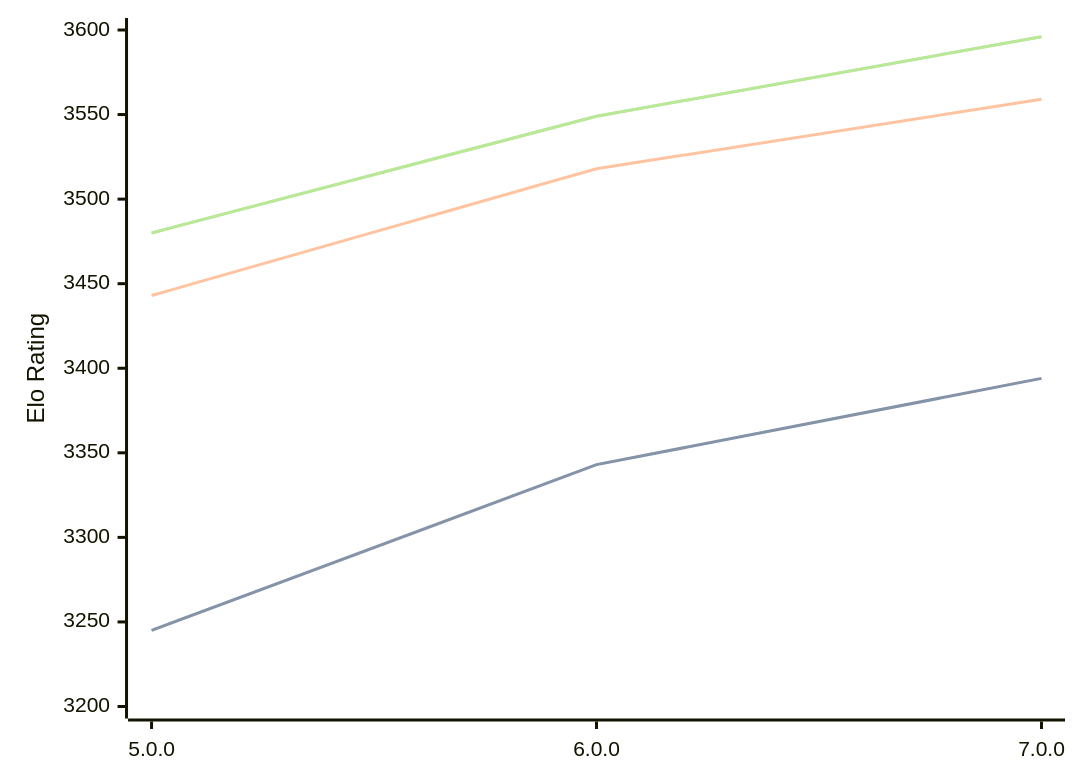
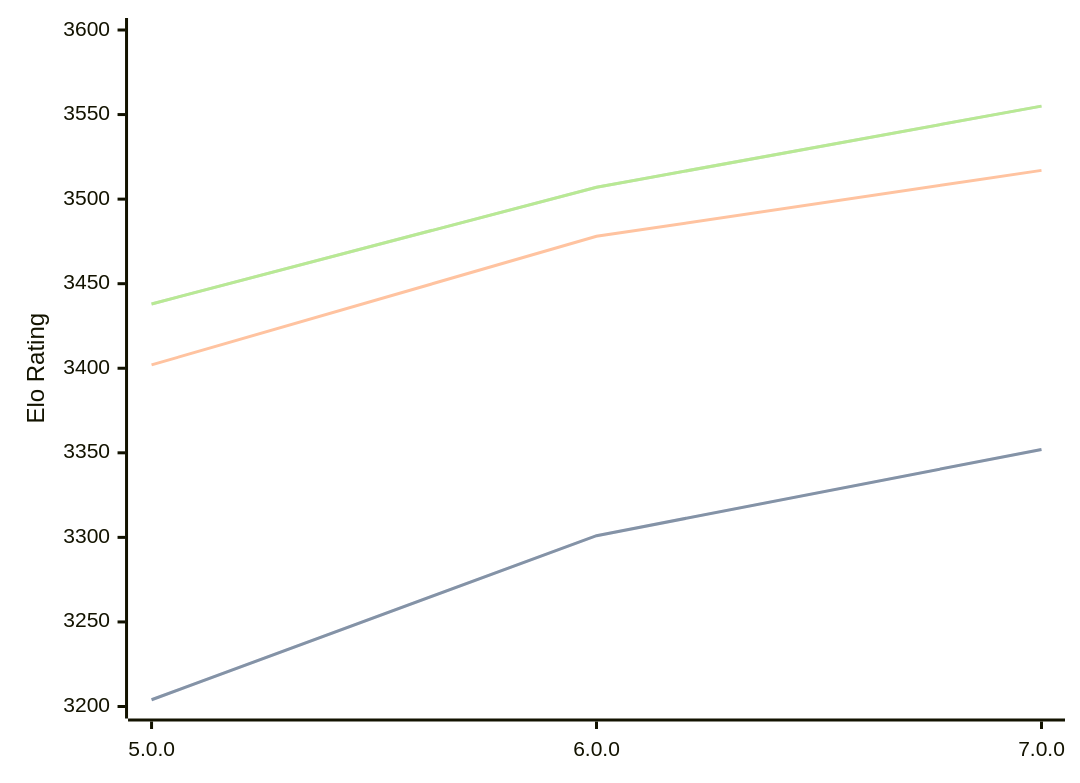
The diagram in engines/Stormphrax.md (computer-chess-index/cci), drawn with Mermaid before and after one commit. The commit also changed other lines of this file, not shown here.

Commit message:
Update CCI Ratings (ELO VLTC) - 2026-05-19

````diff
--- a/engines/Stormphrax.md
+++ b/engines/Stormphrax.md
@@ -38,11 +38,11 @@
 ```mermaid
 %%{init: {"theme":"base","themeVariables":{"seriesColors:['#a3a3a3','#222221','#faa371']}}}%%
 xychart-beta
   x-axis ["5.0.0", "6.0.0", "7.0.0"]
   y-axis "Elo Rating" 3200 --> 3600
-  line "STC (8.0+0.08s)" [3245, 3343, 3394]
-  line "STC (8.0+0.08s)" [3245, 3343, 3394]
-  line "LTC (60.0+0.60s)" [3443, 3518, 3559]
-  line "VLTC (2m24s+1.12s)" [3480, 3549, 3596]
-  line "VLTC (2m24s+1.12s)" [3480, 3549, 3596]
+  line "STC (8.0+0.08s)" [3204, 3301, 3352]
+  line "STC (8.0+0.08s)" [3204, 3301, 3352]
+  line "LTC (60.0+0.60s)" [3402, 3478, 3517]
+  line "VLTC (2m24s+1.12s)" [3438, 3507, 3555]
+  line "VLTC (2m24s+1.12s)" [3438, 3507, 3555]
 ```
````
